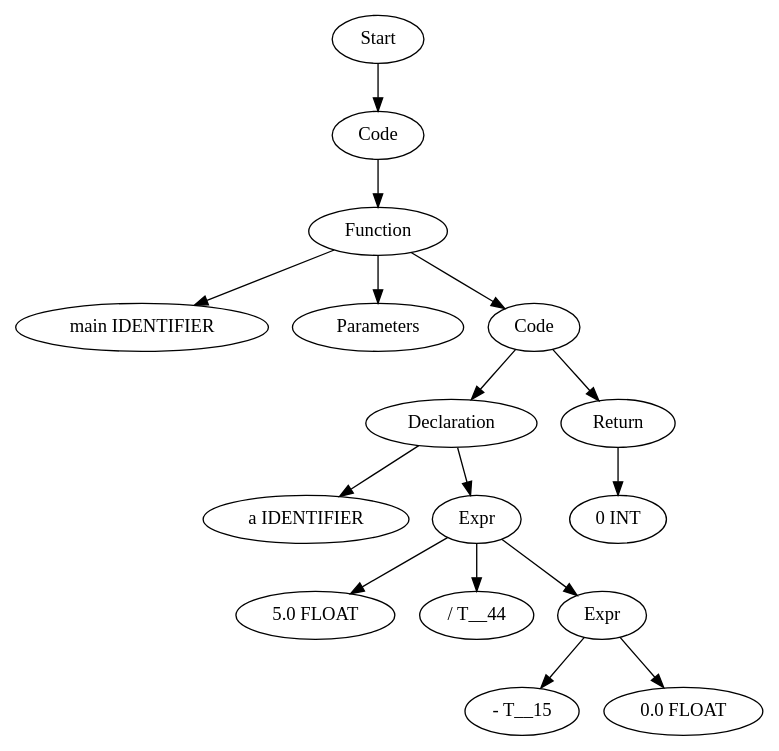
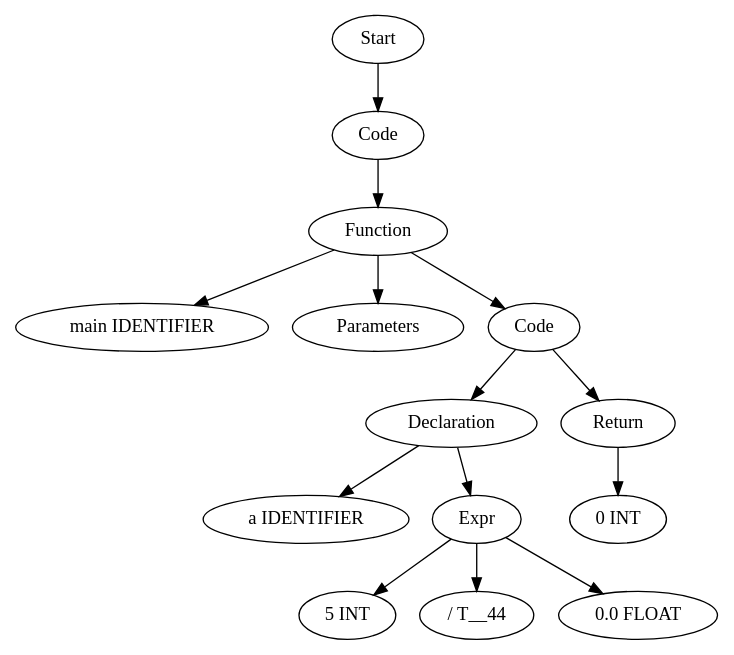
One commit to Are-you-listening/Compilers changed the diagram in TestCases/ASTTests/ConstantFoldingTests/createTests/read_file_before.dot. Above: the diagram before and after it, drawn with Graphviz. The commit also changed 316 other files, not shown here.

```diff
--- a/TestCases/ASTTests/ConstantFoldingTests/createTests/read_file_before.dot
+++ b/TestCases/ASTTests/ConstantFoldingTests/createTests/read_file_before.dot
@@ -1,33 +1,29 @@
 digraph AST {
-  "129530593445296" [label="Start"];
-  "129530593445296" -> "129530593455520";
-  "129530593455520" [label="Code"];
-  "129530593455520" -> "129530593450240";
-  "129530593450240" [label="Function"];
-  "129530593450240" -> "129530593458256";
-  "129530593450240" -> "129530593614080";
-  "129530593450240" -> "129530593618160";
-  "129530593458256" [label="main IDENTIFIER"];
-  "129530593614080" [label="Parameters"];
-  "129530593618160" [label="Code"];
-  "129530593618160" -> "129530593617200";
-  "129530593618160" -> "129530593618496";
-  "129530593617200" [label="Declaration"];
-  "129530593617200" -> "129530593615088";
-  "129530593617200" -> "129530593618688";
-  "129530593615088" [label="a IDENTIFIER"];
-  "129530593618688" [label="Expr"];
-  "129530593618688" -> "129530593616384";
-  "129530593618688" -> "129530593617104";
-  "129530593618688" -> "129530593616432";
-  "129530593616384" [label="5.0 FLOAT"];
-  "129530593617104" [label="/ T__44"];
-  "129530593616432" [label="Expr"];
-  "129530593616432" -> "129530593612352";
-  "129530593616432" -> "129530593610576";
-  "129530593612352" [label="- T__15"];
-  "129530593610576" [label="0.0 FLOAT"];
-  "129530593618496" [label="Return"];
-  "129530593618496" -> "129530593613984";
-  "129530593613984" [label="0 INT"];
+  "130732814228192" [label="Start"];
+  "130732814228192" -> "130732814226224";
+  "130732814226224" [label="Code"];
+  "130732814226224" -> "130732814222816";
+  "130732814222816" [label="Function"];
+  "130732814222816" -> "130732814230688";
+  "130732814222816" -> "130732814232752";
+  "130732814222816" -> "130732814231408";
+  "130732814230688" [label="main IDENTIFIER"];
+  "130732814232752" [label="Parameters"];
+  "130732814231408" [label="Code"];
+  "130732814231408" -> "130732814291616";
+  "130732814231408" -> "130732814291712";
+  "130732814291616" [label="Declaration"];
+  "130732814291616" -> "130732814290704";
+  "130732814291616" -> "130732814289024";
+  "130732814290704" [label="a IDENTIFIER"];
+  "130732814289024" [label="Expr"];
+  "130732814289024" -> "130732814293776";
+  "130732814289024" -> "130732814291088";
+  "130732814289024" -> "130732814291664";
+  "130732814293776" [label="5 INT"];
+  "130732814291088" [label="/ T__44"];
+  "130732814291664" [label="0.0 FLOAT"];
+  "130732814291712" [label="Return"];
+  "130732814291712" -> "130732814292528";
+  "130732814292528" [label="0 INT"];
 }
```
